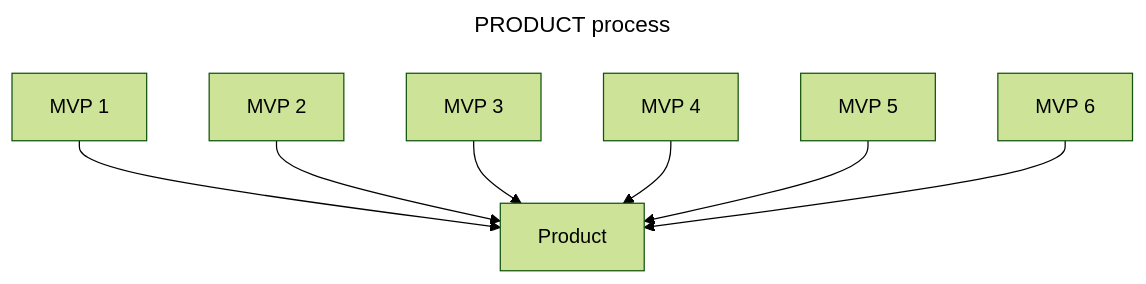
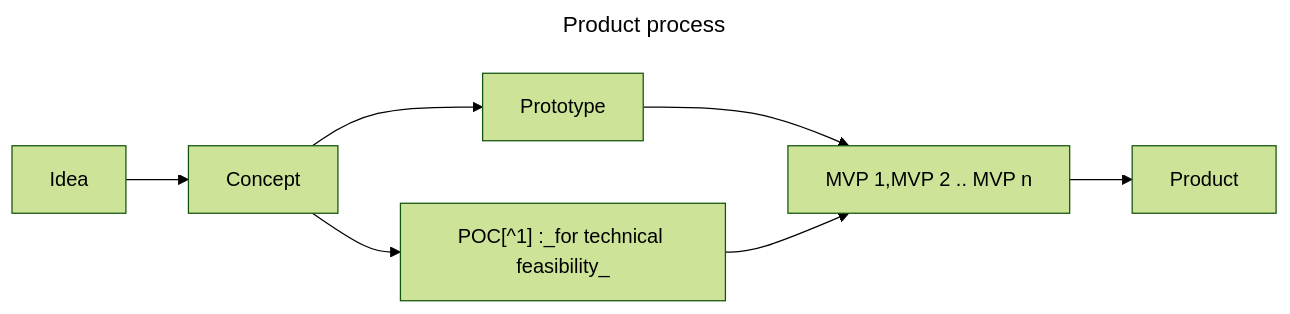
Before and after one commit to knatarasan/knatarasan.github.io: the third of 3 diagrams in _posts/2025-07-03-this-is-prototype-book.md, drawn with Mermaid (forest theme). The commit also changed other lines of this file and 1 other file, not shown here.

````diff
--- a/_posts/2025-07-03-this-is-prototype-book.md
+++ b/_posts/2025-07-03-this-is-prototype-book.md
@@ -89,12 +94,11 @@
 ```mermaid
 ---
-title: PRODUCT process
+title: Product process
 ---
-flowchart
-MV1[MVP 1] --> PR[Product]
-MV2[MVP 2] --> PR[Product]
-MV3[MVP 3] --> PR[Product]
-MV4[MVP 4] --> PR[Product]
-MV5[MVP 5] --> PR[Product]
-MV6[MVP 6] --> PR[Product]
+flowchart LR
+Idea --> C[Concept] 
+C --> PT[Prototype] 
+C --> POC["POC[^1]" :_for technical feasibility_]
+PT --> MVP[MVP 1,MVP 2 .. MVP n]
+POC --> MVP --> Product
 ```
````
